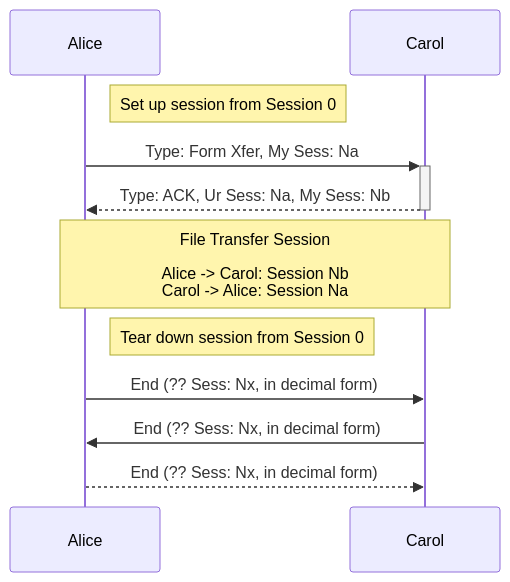
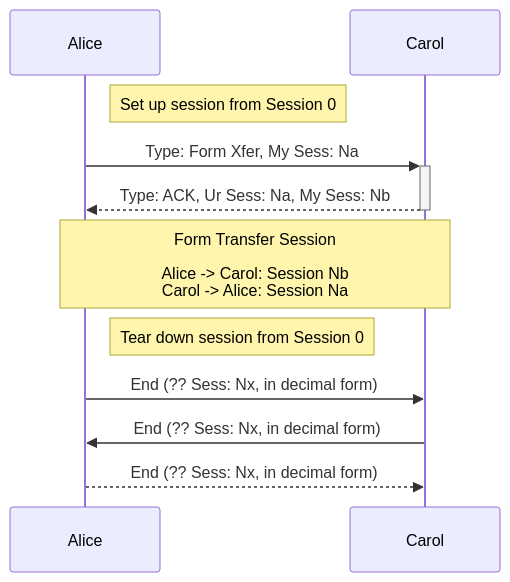
Before and after one commit to dscp46/dissectors: the third of 3 diagrams in doc/ddt2.md, drawn with Mermaid.

````diff
--- a/doc/ddt2.md
+++ b/doc/ddt2.md
@@ -129,13 +129,13 @@
 ```mermaid
 sequenceDiagram
     note right of Alice: Set up session from Session 0
     Alice->>+Carol: Type: Form Xfer, My Sess: Na
     Carol-->>-Alice: Type: ACK, Ur Sess: Na, My Sess: Nb
 
-    note over Alice,Carol: File Transfer Session<br/><br/>Alice -> Carol: Session Nb<br/>Carol -> Alice: Session Na
+    note over Alice,Carol: Form Transfer Session<br/><br/>Alice -> Carol: Session Nb<br/>Carol -> Alice: Session Na
 
     note right of Alice: Tear down session from Session 0
     Alice->>Carol: End (?? Sess: Nx, in decimal form)
     Carol->>Alice: End (?? Sess: Nx, in decimal form)
     Alice-->>Carol: End (?? Sess: Nx, in decimal form)
 ```
````
